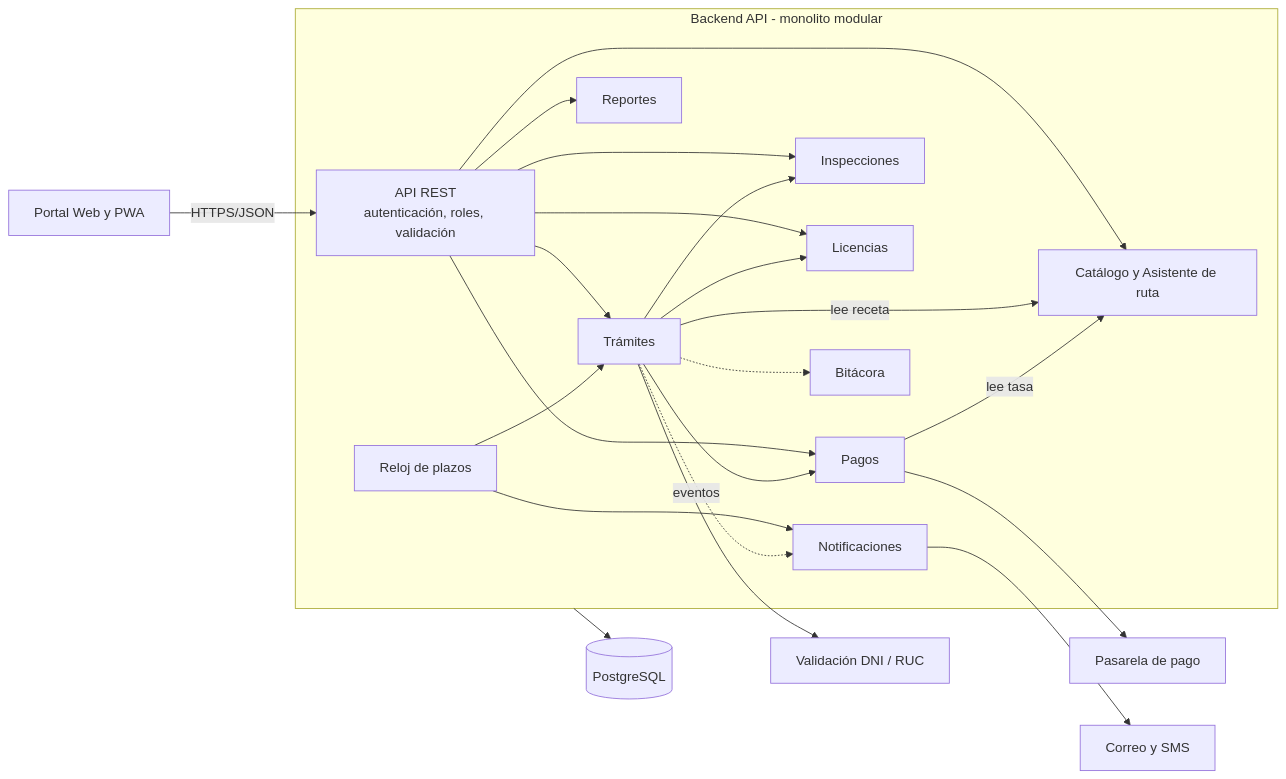
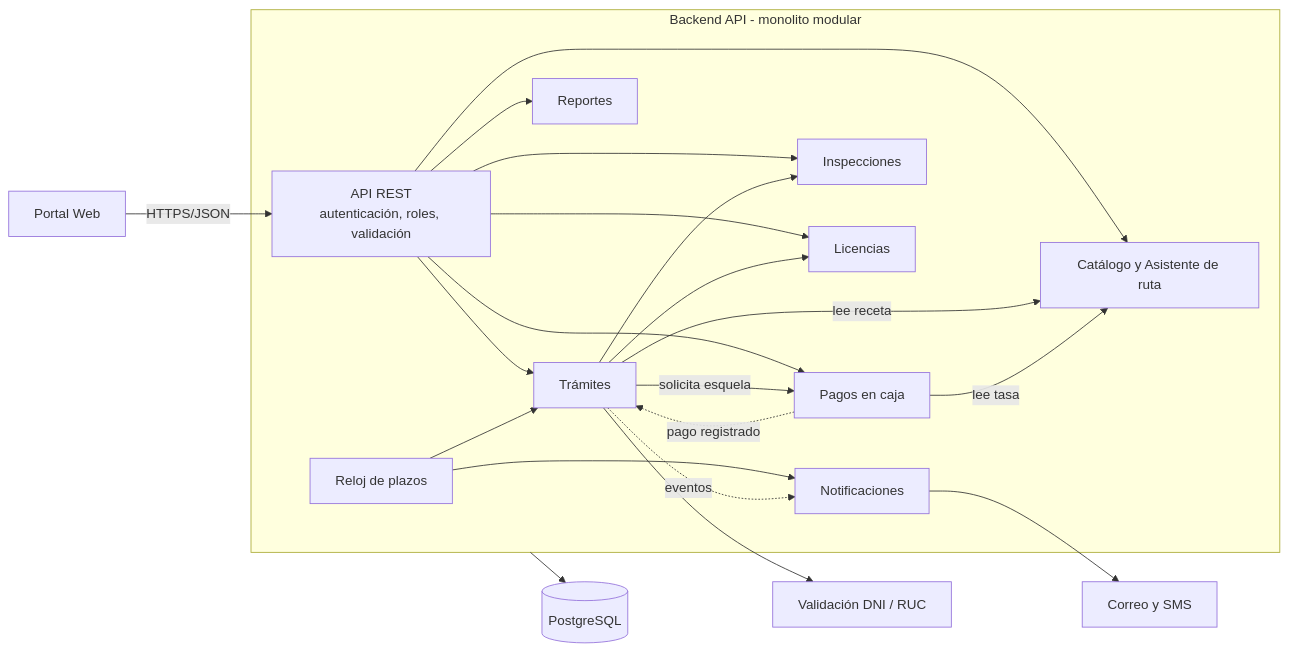
Before and after one commit to yeymyloson18/Licencias-Huanta-arquitSoft-JEIMY: the diagram in docs/04-modelo-c4/Nivel3-Diagrama-de-Componentes.md, drawn with Mermaid. The commit also changed other lines of this file, not shown here.

Commit message:
docs: actualizar C4 nivel 3 componentes

````diff
--- a/docs/04-modelo-c4/Nivel3-Diagrama-de-Componentes.md
+++ b/docs/04-modelo-c4/Nivel3-Diagrama-de-Componentes.md
@@ -13,31 +12,29 @@
 ```mermaid
 flowchart LR
-    Front["Portal Web y PWA"] -->|"HTTPS/JSON"| Rest["API REST<br/>autenticación, roles, validación"]
+    Front["Portal Web"] -->|"HTTPS/JSON"| Rest["API REST<br/>autenticación, roles, validación"]
 
     subgraph API["Backend API - monolito modular"]
         Rest --> Cat["Catálogo y Asistente de ruta"]
         Rest --> Tra["Trámites"]
-        Rest --> Pag["Pagos"]
+        Rest --> Pag["Pagos en caja"]
         Rest --> Ins["Inspecciones"]
         Rest --> Lic["Licencias"]
         Rest --> Rep["Reportes"]
         Pla["Reloj de plazos"]
         Not["Notificaciones"]
-        Bit["Bitácora"]
 
         Tra -->|"lee receta"| Cat
         Pag -->|"lee tasa"| Cat
-        Tra --> Pag
+        Tra -->|"solicita esquela"| Pag
+        Pag -.->|"pago registrado"| Tra
         Tra --> Ins
         Tra --> Lic
         Pla --> Tra
         Pla --> Not
         Tra -.->|"eventos"| Not
-        Tra -.-> Bit
     end
 
-    Pag --> Pasarela["Pasarela de pago"]
     Tra --> Ident["Validación DNI / RUC"]
     Not --> Msg["Correo y SMS"]
     API --> BD[("PostgreSQL")]
 ```
````
